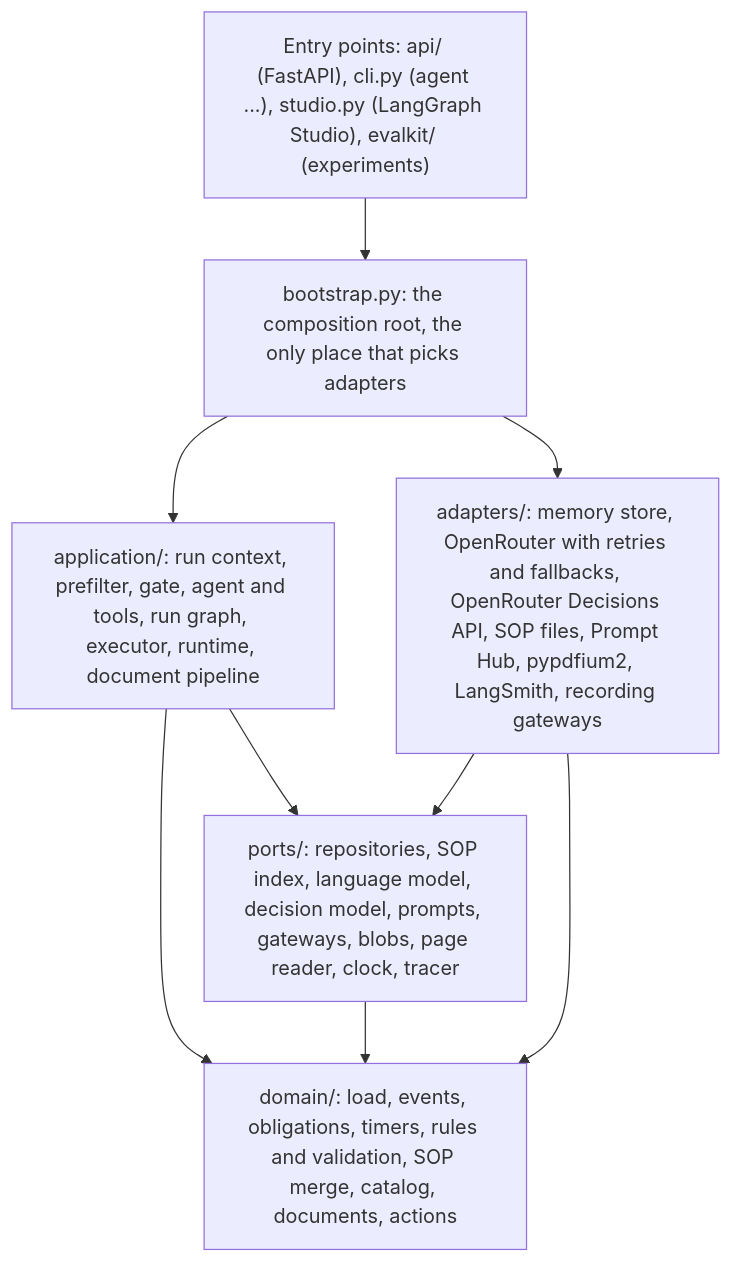
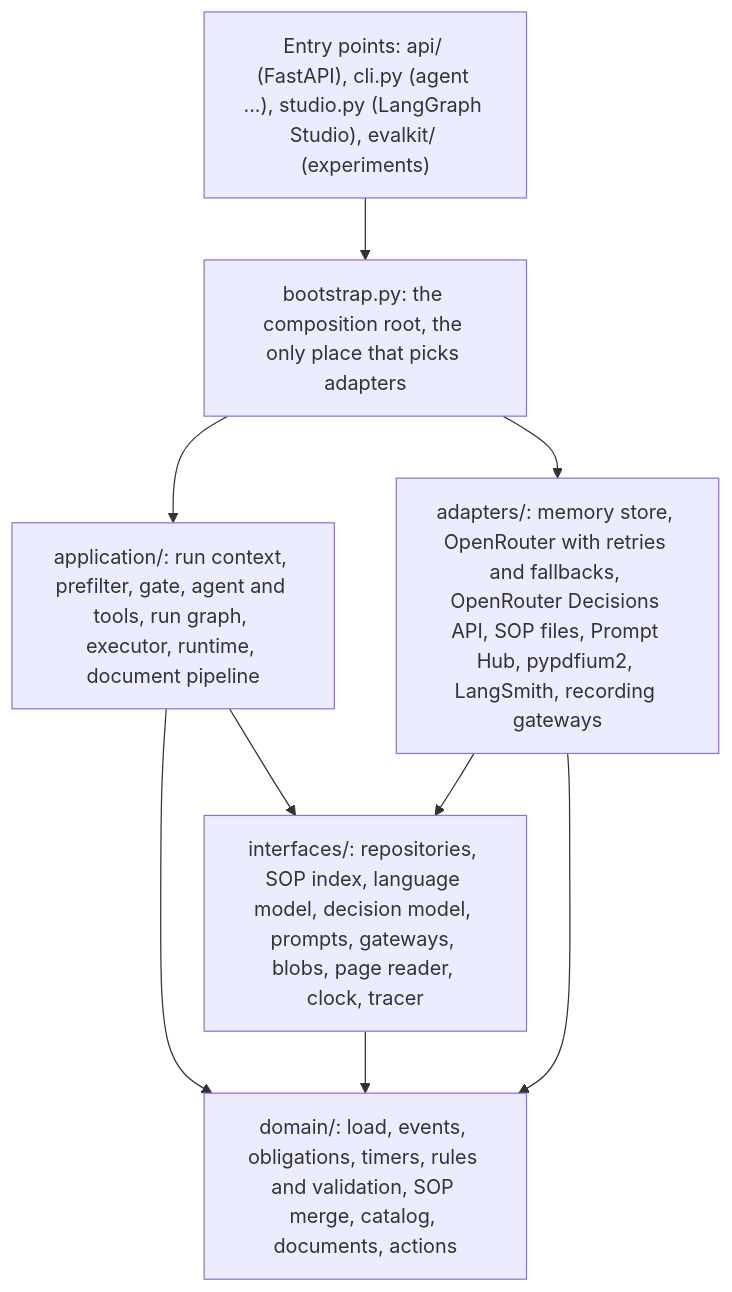
Before and after one commit to pedrocwb/freight-hero-assessment: the second of 10 diagrams in docs/architecture.md, drawn with Mermaid. The commit also changed other lines of this file and 92 other files, not shown here.

First line of the commit message:
Rename the ports package to interfaces

````diff
--- a/docs/architecture.md
+++ b/docs/architecture.md
@@ -76,18 +76,18 @@
 ```mermaid
 flowchart TB
   entry["Entry points: api/ (FastAPI), cli.py (agent ...), studio.py (LangGraph Studio), evalkit/ (experiments)"]
   boot["bootstrap.py: the composition root, the only place that picks adapters"]
   app["application/: run context, prefilter, gate, agent and tools, run graph, executor, runtime, document pipeline"]
-  ports["ports/: repositories, SOP index, language model, decision model, prompts, gateways, blobs, page reader, clock, tracer"]
+  interfaces["interfaces/: repositories, SOP index, language model, decision model, prompts, gateways, blobs, page reader, clock, tracer"]
   domain["domain/: load, events, obligations, timers, rules and validation, SOP merge, catalog, documents, actions"]
   adapters["adapters/: memory store, OpenRouter with retries and fallbacks, OpenRouter Decisions API, SOP files, Prompt Hub, pypdfium2, LangSmith, recording gateways"]
 
   entry --> boot
   boot --> app
   boot --> adapters
-  app --> ports
+  app --> interfaces
   app --> domain
-  ports --> domain
-  adapters --> ports
+  interfaces --> domain
+  adapters --> interfaces
   adapters --> domain
 ```
````
